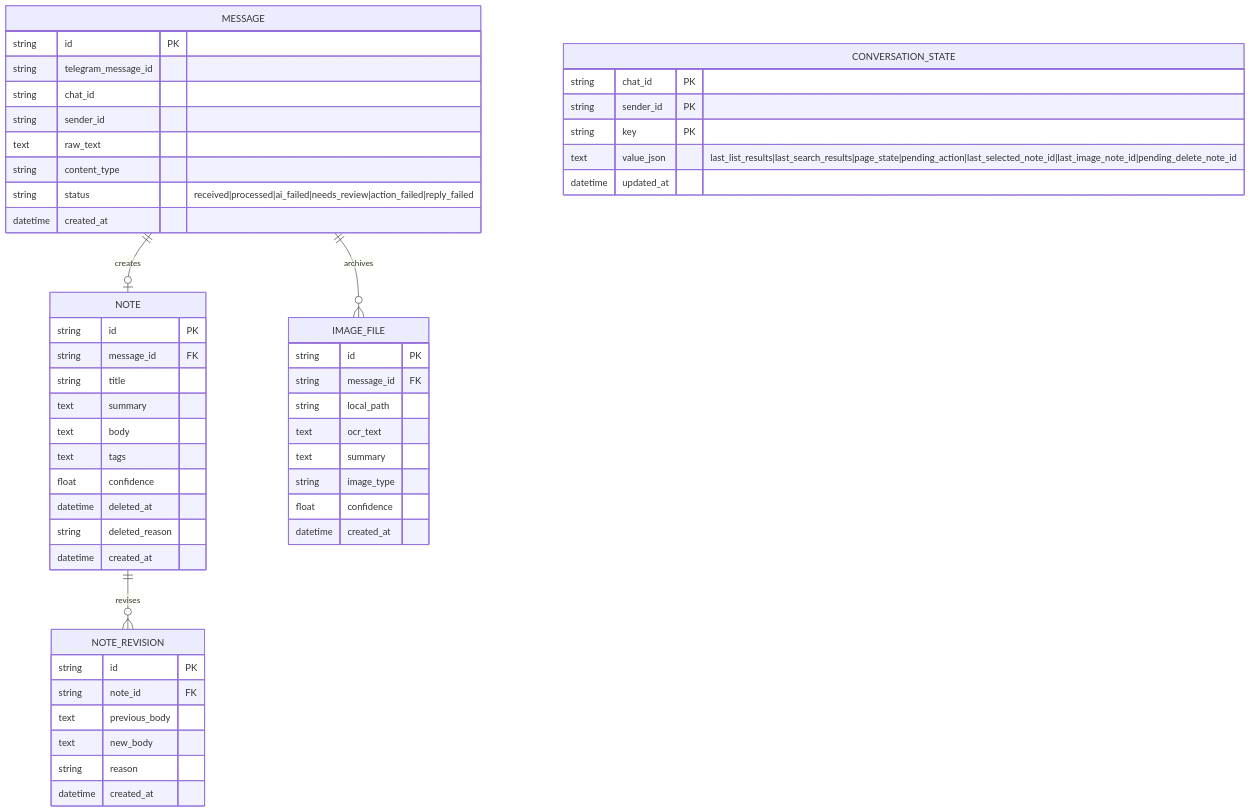
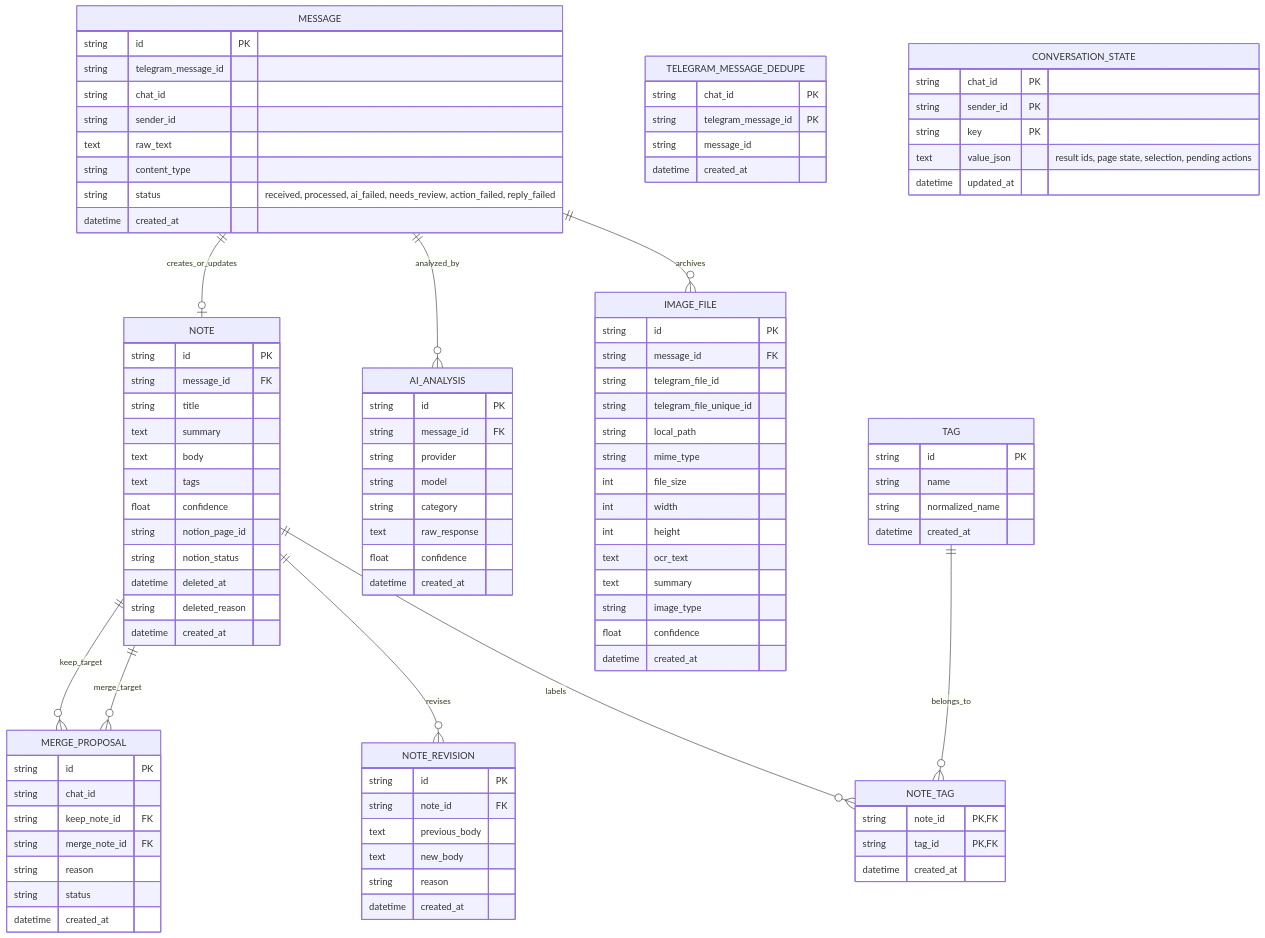
One commit to Transient-Onlooker/tg-note-agent changed the third of 4 diagrams in docs/ARCHITECTURE.md. Above: the diagram before and after it, drawn with Mermaid. The commit also changed other lines of this file and 8 other files, not shown here.

````diff
--- a/docs/ARCHITECTURE.md
+++ b/docs/ARCHITECTURE.md
@@ -126,7 +160,14 @@
         string sender_id
         text raw_text
         string content_type
-        string status "received|processed|ai_failed|needs_review|action_failed|reply_failed"
+        string status "received, processed, ai_failed, needs_review, action_failed, reply_failed"
+        datetime created_at
+    }
+
+    TELEGRAM_MESSAGE_DEDUPE {
+        string chat_id PK
+        string telegram_message_id PK
+        string message_id
         datetime created_at
     }
 
@@ -138,15 +179,34 @@
         text body
         text tags
         float confidence
+        string notion_page_id
+        string notion_status
         datetime deleted_at
         string deleted_reason
+        datetime created_at
+    }
+
+    AI_ANALYSIS {
+        string id PK
+        string message_id FK
+        string provider
+        string model
+        string category
+        text raw_response
+        float confidence
         datetime created_at
     }
 
     IMAGE_FILE {
         string id PK
         string message_id FK
+        string telegram_file_id
+        string telegram_file_unique_id
         string local_path
+        string mime_type
+        int file_size
+        int width
+        int height
         text ocr_text
         text summary
         string image_type
@@ -154,11 +214,34 @@
         datetime created_at
     }
 
+    TAG {
+        string id PK
+        string name
+        string normalized_name
+        datetime created_at
+    }
+
+    NOTE_TAG {
+        string note_id PK, FK
+        string tag_id PK, FK
+        datetime created_at
+    }
+
+    MERGE_PROPOSAL {
+        string id PK
+        string chat_id
+        string keep_note_id FK
+        string merge_note_id FK
+        string reason
+        string status
+        datetime created_at
+    }
+
     CONVERSATION_STATE {
         string chat_id PK
         string sender_id PK
         string key PK
-        text value_json "last_list_results|last_search_results|page_state|pending_action|last_selected_note_id|last_image_note_id|pending_delete_note_id"
+        text value_json "result ids, page state, selection, pending actions"
         datetime updated_at
     }
 
@@ -171,7 +254,12 @@
         datetime created_at
     }
 
-    MESSAGE ||--o| NOTE : creates
+    MESSAGE ||--o| NOTE : creates_or_updates
+    MESSAGE ||--o{ AI_ANALYSIS : analyzed_by
     MESSAGE ||--o{ IMAGE_FILE : archives
     NOTE ||--o{ NOTE_REVISION : revises
+    NOTE ||--o{ NOTE_TAG : labels
+    TAG ||--o{ NOTE_TAG : belongs_to
+    NOTE ||--o{ MERGE_PROPOSAL : keep_target
+    NOTE ||--o{ MERGE_PROPOSAL : merge_target
 ```
````
